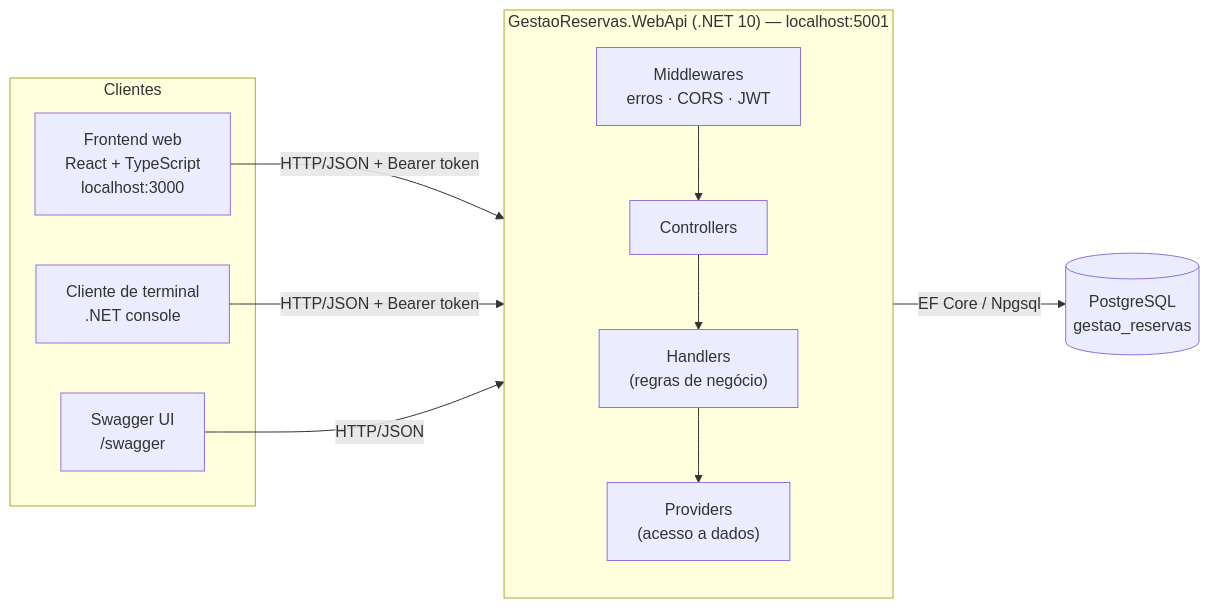
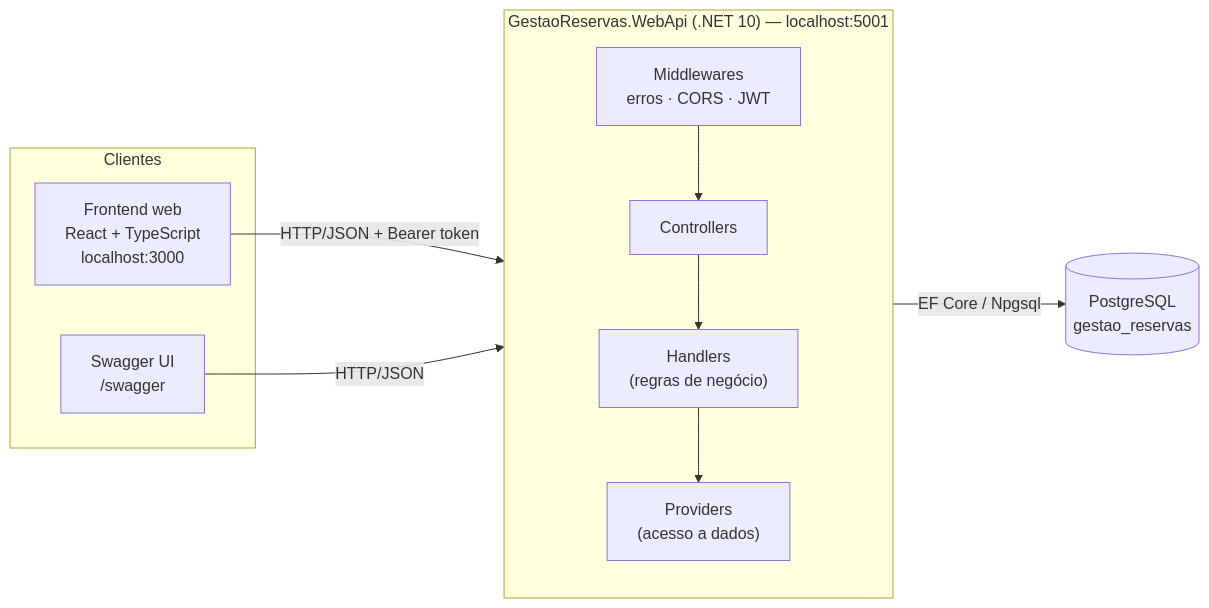
Before and after one commit to FDiasC/Implementacao-Software-UNISINOS: the first of 4 diagrams in docs/arquitetura.md, drawn with Mermaid. The commit also changed other lines of this file and 54 other files, not shown here.

````diff
--- a/docs/arquitetura.md
+++ b/docs/arquitetura.md
@@ -7,24 +7,22 @@
 ```mermaid
 flowchart LR
     subgraph Clientes
         WEB["Frontend web<br/>React + TypeScript<br/>localhost:3000"]
-        CLI["Cliente de terminal<br/>.NET console"]
         SW["Swagger UI<br/>/swagger"]
     end
 
     subgraph API["GestaoReservas.WebApi (.NET 10) — localhost:5001"]
         direction TB
         MW["Middlewares<br/>erros · CORS · JWT"]
         CT["Controllers"]
         HD["Handlers<br/>(regras de negócio)"]
         PV["Providers<br/>(acesso a dados)"]
         MW --> CT --> HD --> PV
     end
 
     DB[("PostgreSQL<br/>gestao_reservas")]
 
     WEB -- "HTTP/JSON + Bearer token" --> MW
-    CLI -- "HTTP/JSON + Bearer token" --> MW
     SW -- "HTTP/JSON" --> MW
     PV -- "EF Core / Npgsql" --> DB
 ```
````
